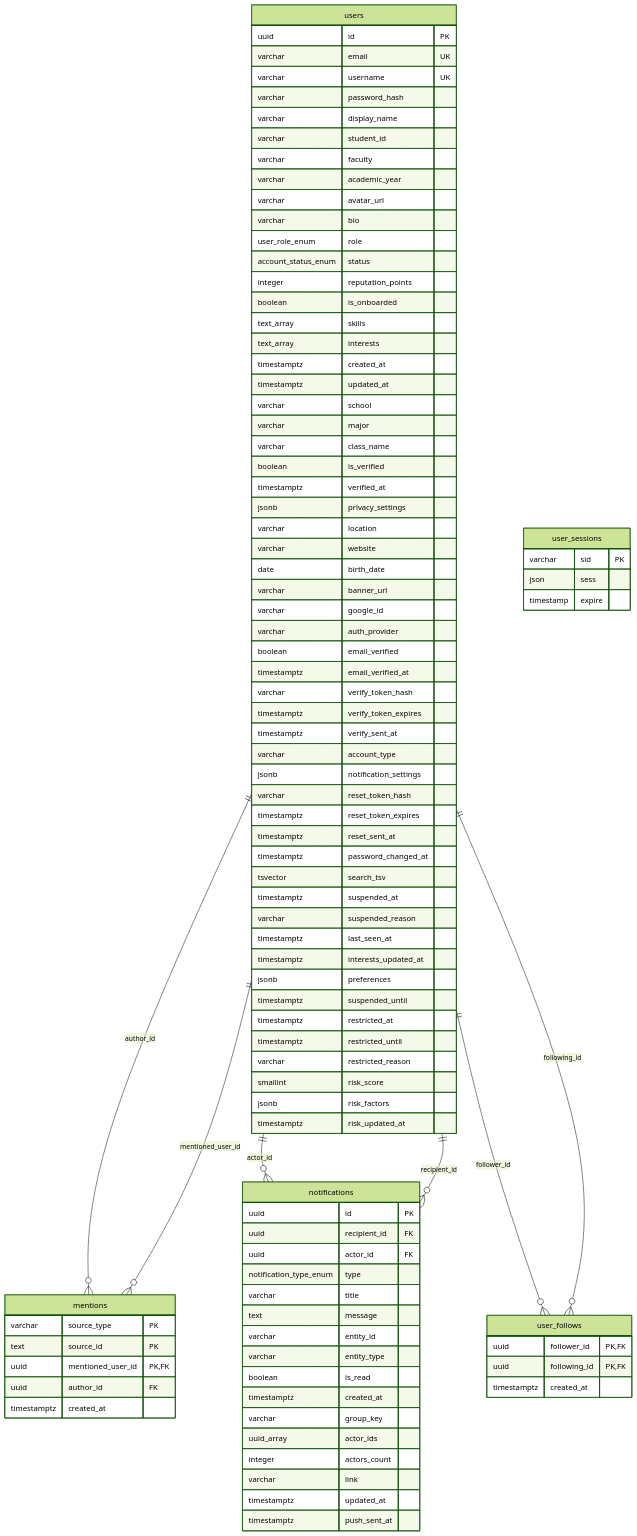
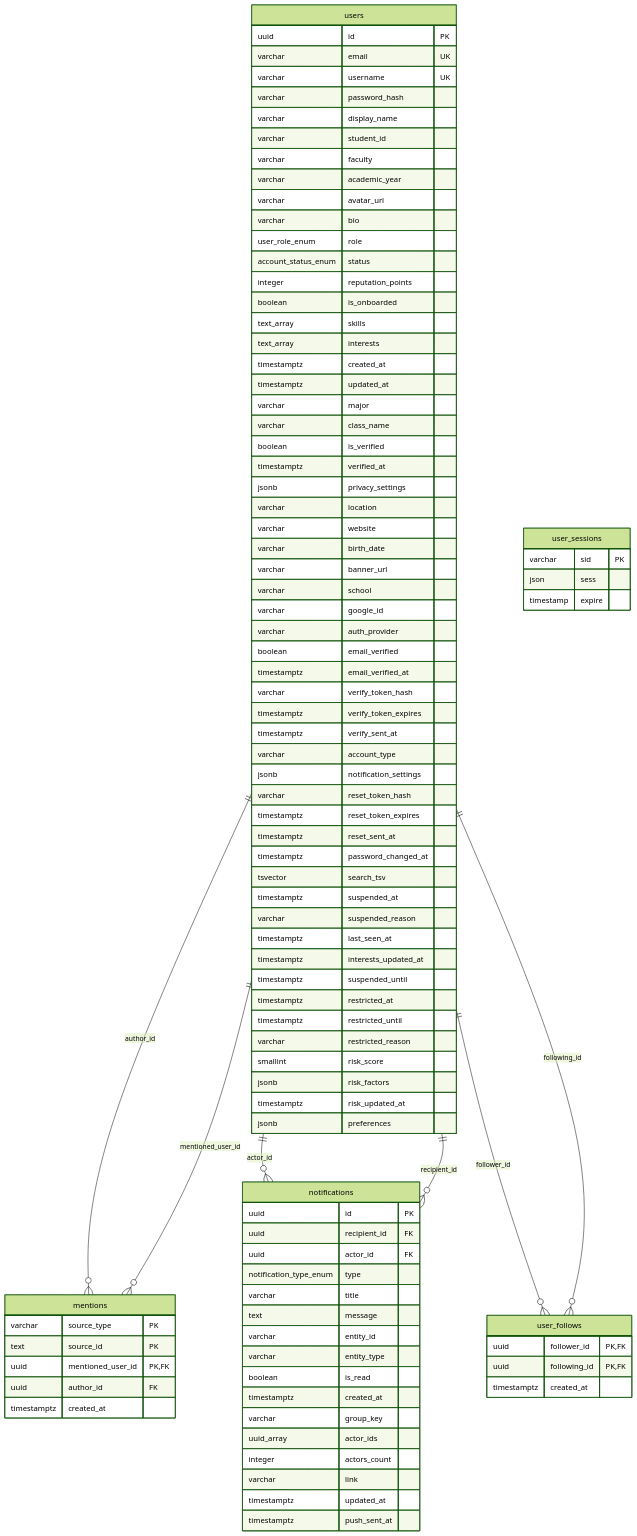
The second of 7 diagrams in docs/diagrams/04-erd.md (nhatcoi/pu-connect), drawn with Mermaid (forest theme) before and after one commit. The commit also changed other lines of this file and 25 other files, not shown here.

```diff
--- a/docs/diagrams/04-erd.md
+++ b/docs/diagrams/04-erd.md
@@ -124,7 +126,6 @@
     text_array interests
     timestamptz created_at
     timestamptz updated_at
-    varchar school
     varchar major
     varchar class_name
     boolean is_verified
@@ -132,8 +133,9 @@
     jsonb privacy_settings
     varchar location
     varchar website
-    date birth_date
+    varchar birth_date
     varchar banner_url
+    varchar school
     varchar google_id
     varchar auth_provider
     boolean email_verified
@@ -152,7 +154,6 @@
     varchar suspended_reason
     timestamptz last_seen_at
     timestamptz interests_updated_at
-    jsonb preferences
     timestamptz suspended_until
     timestamptz restricted_at
     timestamptz restricted_until
@@ -160,6 +161,7 @@
     smallint risk_score
     jsonb risk_factors
     timestamptz risk_updated_at
+    jsonb preferences
   }
   user_follows {
     uuid follower_id PK,FK
```
